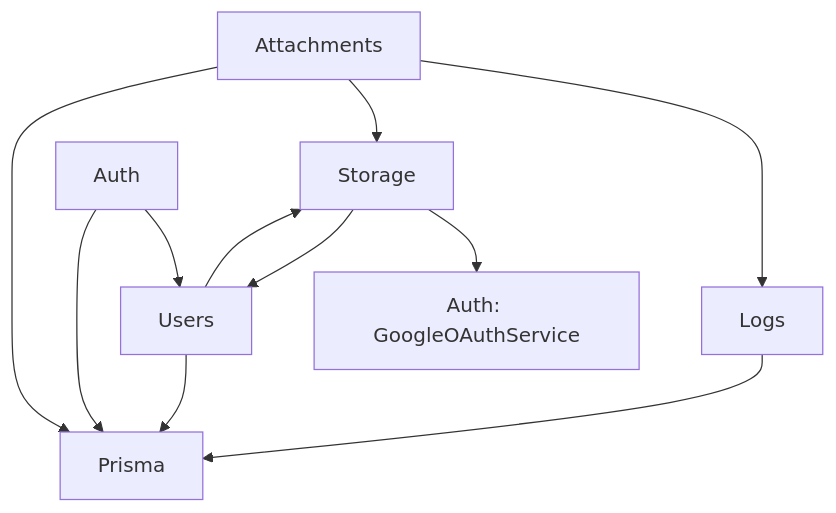
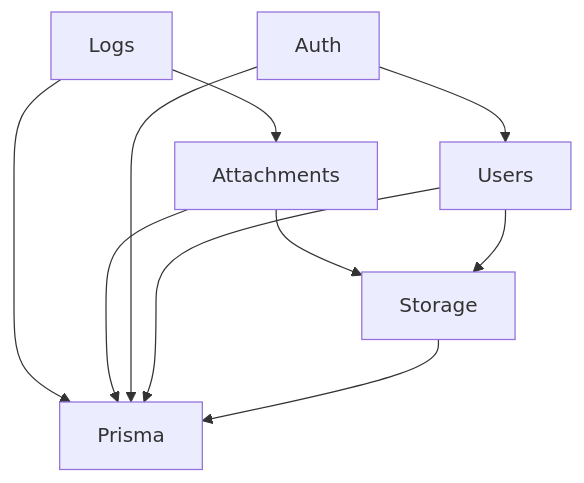
Before and after one commit to Malfrmnsyhh/DayDone: the second of 6 diagrams in docs/02-architecture.md, drawn with Mermaid. The commit also changed other lines of this file and 6 other files, not shown here.

````diff
--- a/docs/02-architecture.md
+++ b/docs/02-architecture.md
@@ -83,13 +83,12 @@
 ```mermaid
 flowchart TD
+    Logs --> Attachments
     Logs --> Prisma
-    Attachments --> Logs
     Attachments --> Storage
     Attachments --> Prisma
-    Storage --> GoogleOAuth[Auth: GoogleOAuthService]
-    Storage --> Users
     Auth --> Users
     Auth --> Prisma
     Users --> Prisma
     Users --> Storage
+    Storage --> Prisma
 ```
````
